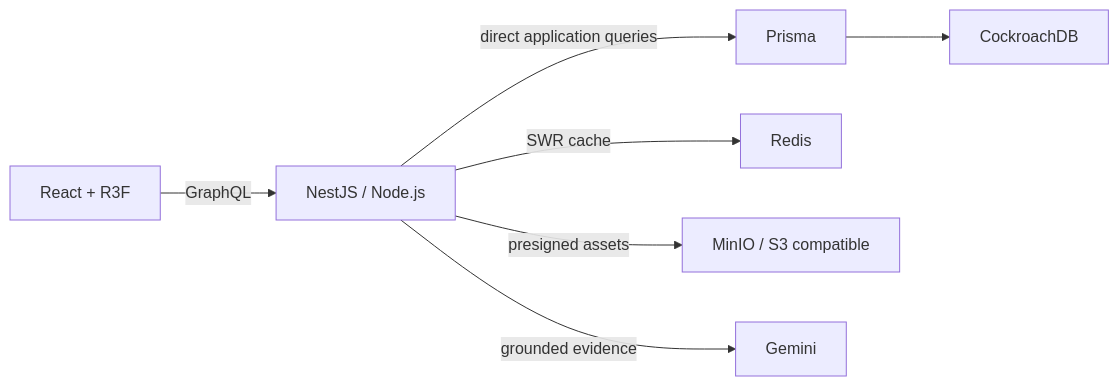
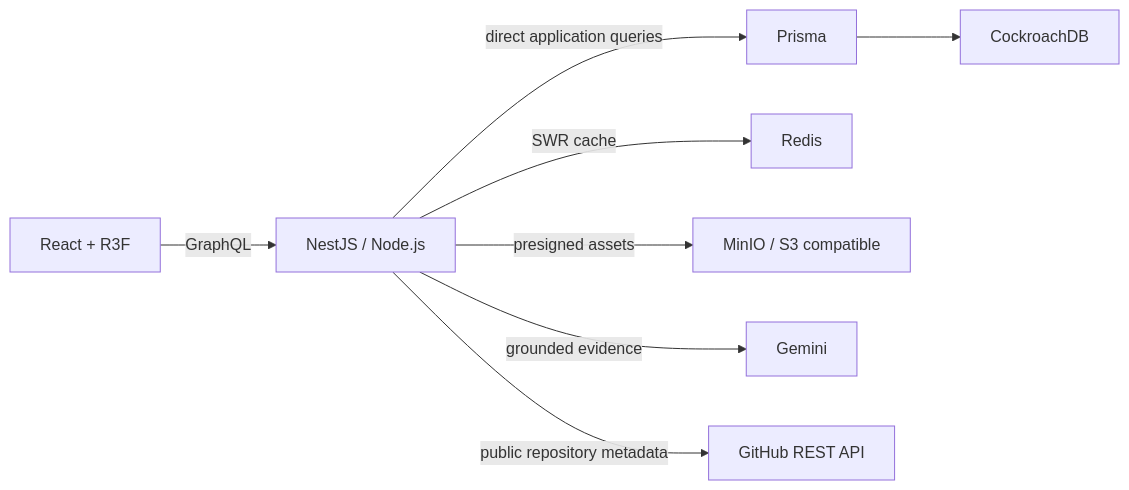
The diagram in docs/architecture/overview.md (Sskutushev/sskutushev-site), drawn with Mermaid before and after one commit. The commit also changed other lines of this file and 19 other files, not shown here.

Commit message:
feat: add resilient GitHub activity snapshots

````diff
--- a/docs/architecture/overview.md
+++ b/docs/architecture/overview.md
@@ -3,9 +3,10 @@
 ```mermaid
 flowchart LR
   Browser[React + R3F] -->|GraphQL| API[NestJS / Node.js]
   API -->|direct application queries| Prisma
   Prisma --> CockroachDB
   API -->|SWR cache| Redis
   API -->|presigned assets| S3[MinIO / S3 compatible]
   API -->|grounded evidence| Gemini
+  API -->|public repository metadata| GitHub[GitHub REST API]
 ```
````
